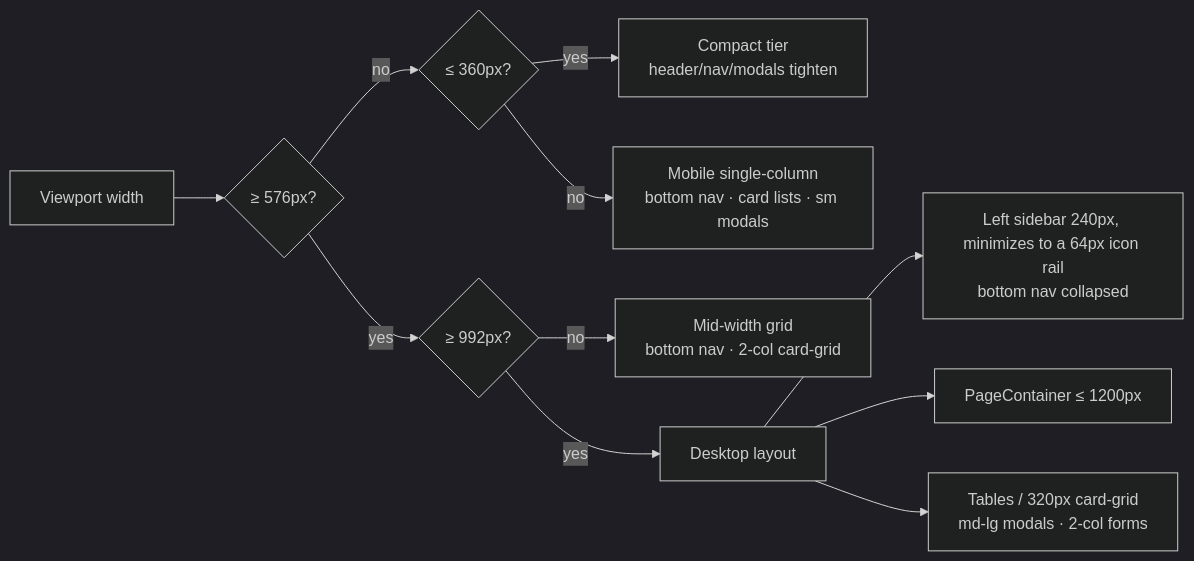
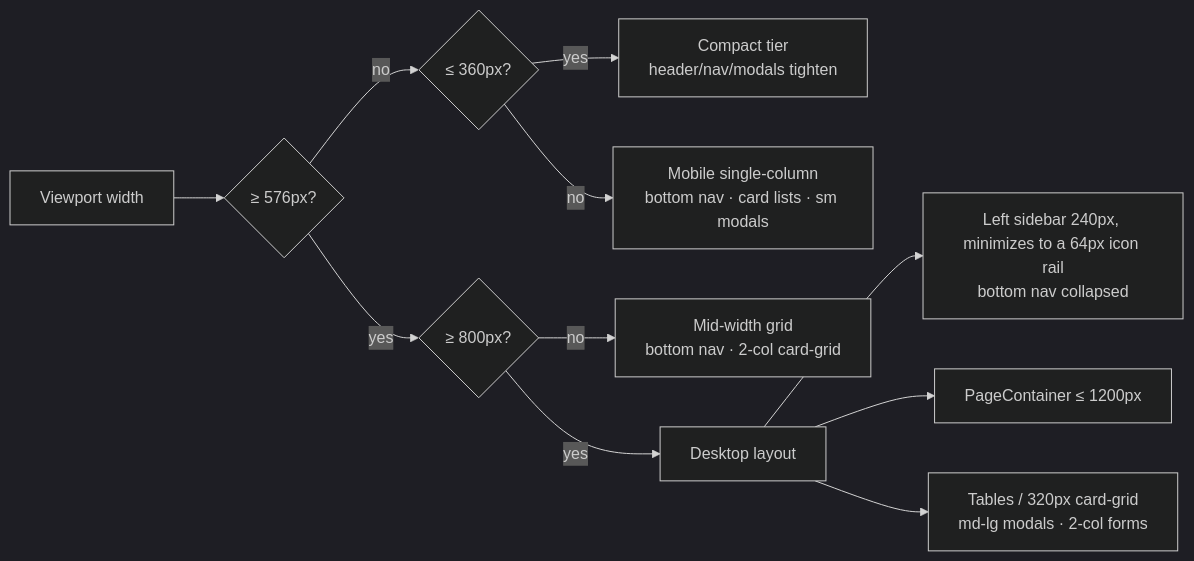
One commit to oncloudnintynineone-source/cloudy2 changed the diagram in docs/desktop-responsive.md. Above: the diagram before and after it, drawn with Mermaid (dark theme). The commit also changed other lines of this file and 24 other files, not shown here.

````diff
--- a/docs/desktop-responsive.md
+++ b/docs/desktop-responsive.md
@@ -51,13 +51,13 @@
 ```mermaid
 flowchart LR
     A[Viewport width] --> B{≥ 576px?}
     B -- no --> B0{≤ 360px?}
     B0 -- yes --> C0[Compact tier<br/>header/nav/modals tighten]
     B0 -- no --> C[Mobile single-column<br/>bottom nav · card lists · sm modals]
-    B -- yes --> B2{≥ 992px?}
+    B -- yes -->     B2{≥ 800px?}
     B2 -- no --> C2[Mid-width grid<br/>bottom nav · 2-col card-grid]
     B2 -- yes --> D[Desktop layout]
     D --> E[Left sidebar 240px, minimizes to a 64px icon rail<br/>bottom nav collapsed]
     D --> F[PageContainer ≤ 1200px]
     D --> G[Tables / 320px card-grid<br/>md-lg modals · 2-col forms]
 ```
````
